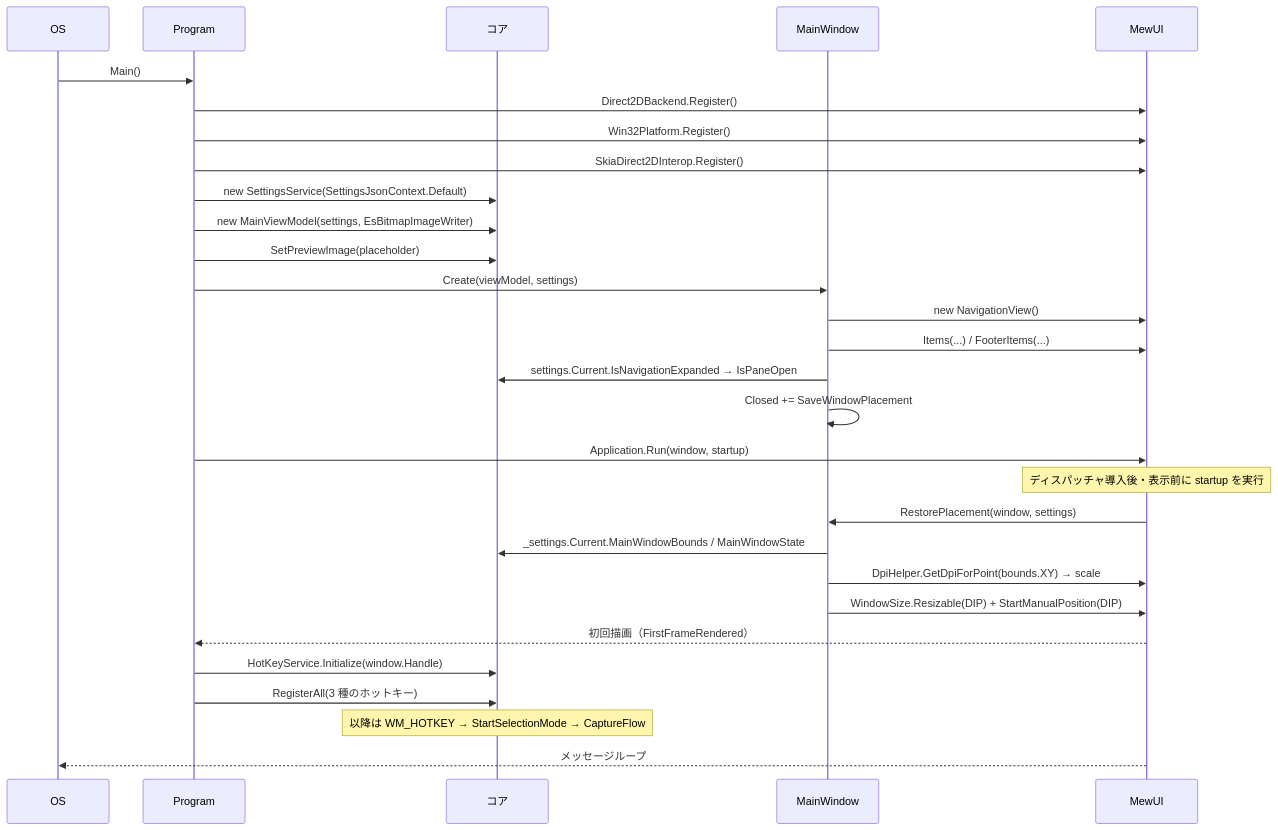
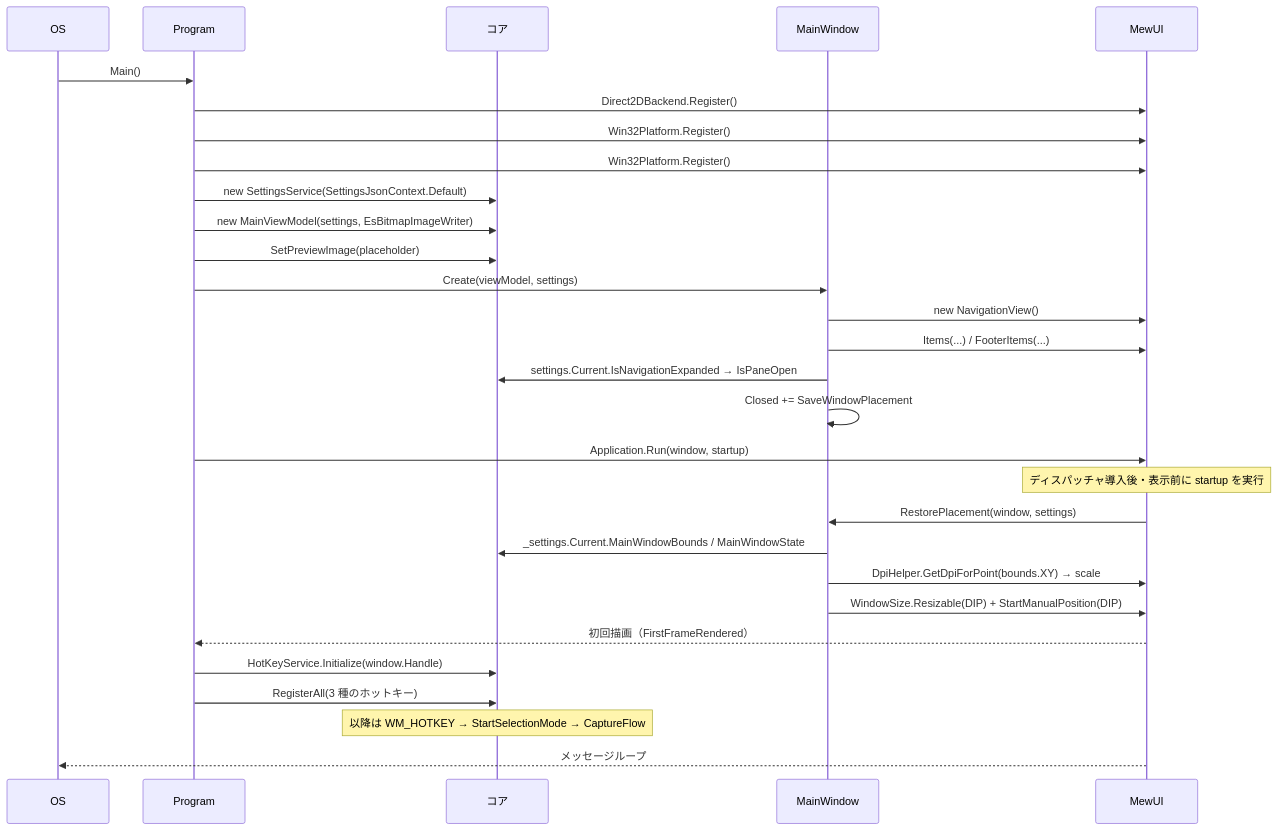
The second of 12 diagrams in src/App.MewUI/docs/SPEC_System.md (tomokuni/SaveEvidence), drawn with Mermaid before and after one commit. The commit also changed other lines of this file and 56 other files, not shown here.

First line of the commit message:
MewUI 版から SkiaSharp を外し、Platform.Skia を削除する

````diff
--- a/src/App.MewUI/docs/SPEC_System.md
+++ b/src/App.MewUI/docs/SPEC_System.md
@@ -338,32 +338,32 @@
 ```mermaid
 sequenceDiagram
     participant OS
     participant P as Program
     participant C as コア
     participant W as MainWindow
     participant MW as MewUI
 
     OS->>P: Main()
     P->>MW: Direct2DBackend.Register()
     P->>MW: Win32Platform.Register()
-    P->>MW: SkiaDirect2DInterop.Register()
+    P->>MW: Win32Platform.Register()
     P->>C: new SettingsService(SettingsJsonContext.Default)
     P->>C: new MainViewModel(settings, EsBitmapImageWriter)
     P->>C: SetPreviewImage(placeholder)
     P->>W: Create(viewModel, settings)
     W->>MW: new NavigationView()
     W->>MW: Items(...) / FooterItems(...)
     W->>C: settings.Current.IsNavigationExpanded → IsPaneOpen
     W->>W: Closed += SaveWindowPlacement
     P->>MW: Application.Run(window, startup)
     Note over MW: ディスパッチャ導入後・表示前に startup を実行
     MW->>W: RestorePlacement(window, settings)
     W->>C: _settings.Current.MainWindowBounds / MainWindowState
     W->>MW: DpiHelper.GetDpiForPoint(bounds.XY) → scale
     W->>MW: WindowSize.Resizable(DIP) + StartManualPosition(DIP)
     MW-->>P: 初回描画（FirstFrameRendered）
     P->>C: HotKeyService.Initialize(window.Handle)
     P->>C: RegisterAll(3 種のホットキー)
     Note over C: 以降は WM_HOTKEY → StartSelectionMode → CaptureFlow
     MW-->>OS: メッセージループ
 ```
````
